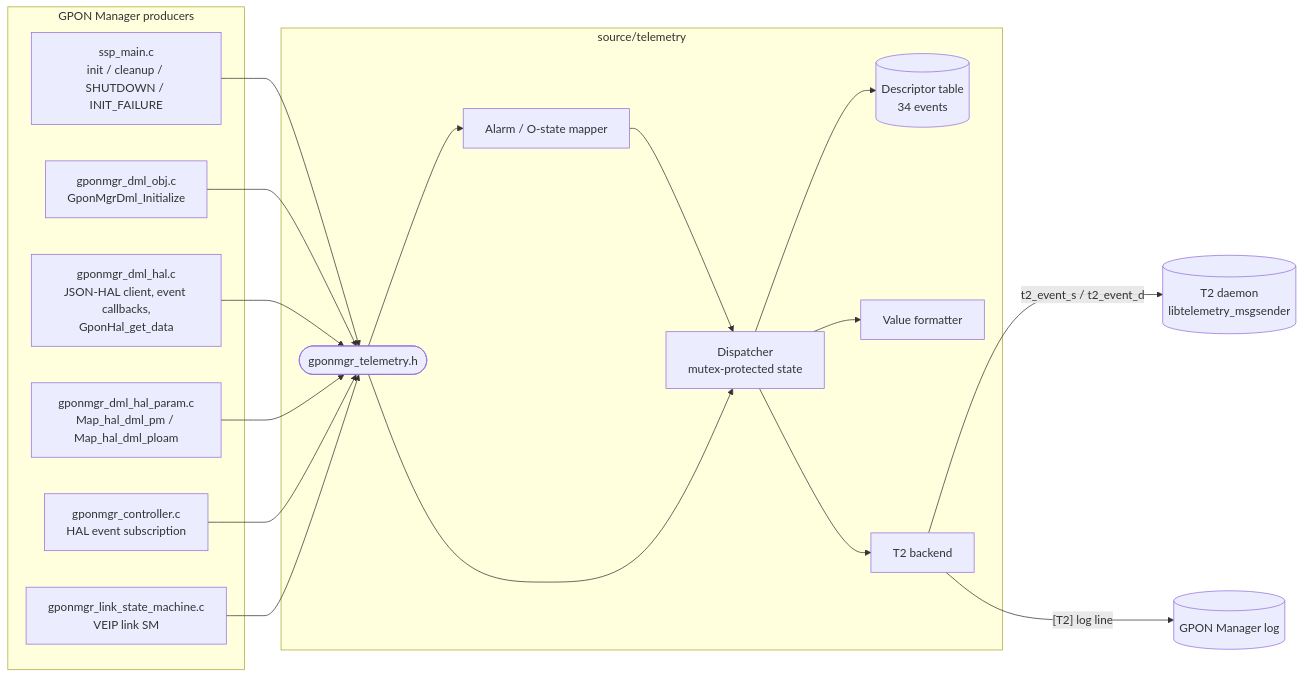
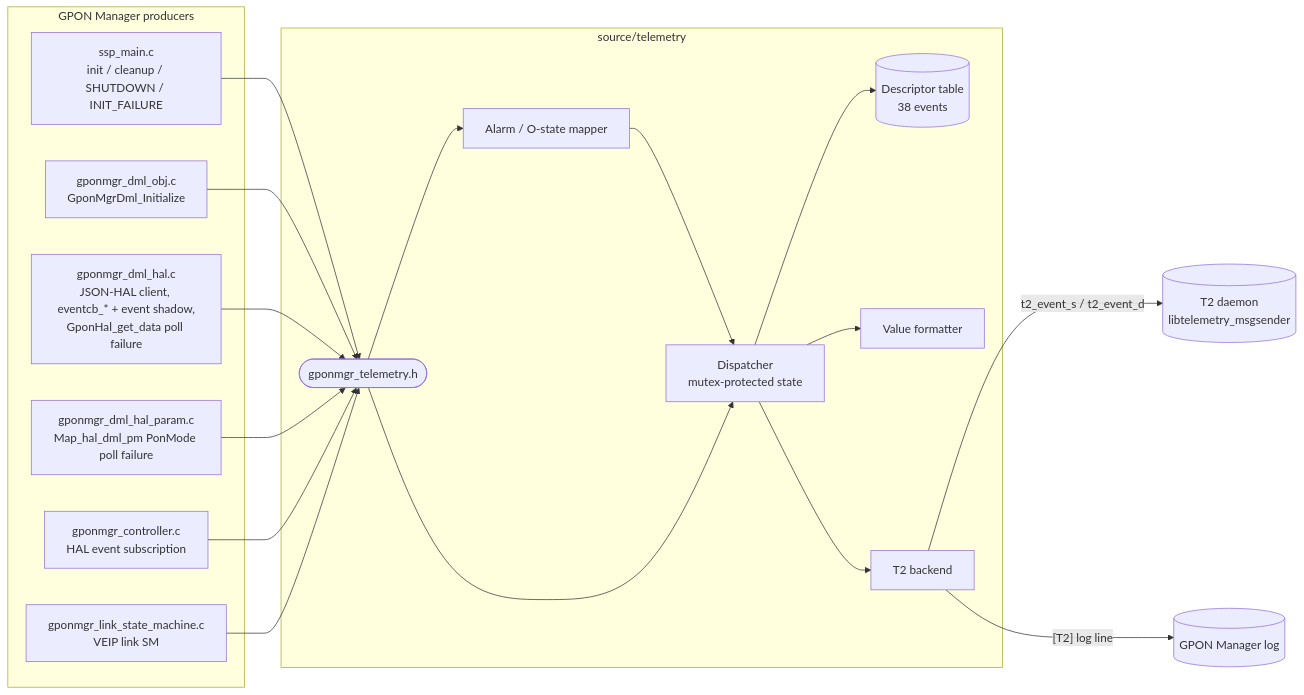
One commit to rdkcentral/gpon-manager changed the first of 8 diagrams in docs/07_Telemetry_Design.md. Above: the diagram before and after it, drawn with Mermaid. The commit also changed other lines of this file and 9 other files, not shown here.

````diff
--- a/docs/07_Telemetry_Design.md
+++ b/docs/07_Telemetry_Design.md
@@ -96,34 +108,34 @@
 ```mermaid
 flowchart LR
     subgraph producers [GPON Manager producers]
         SSP[ssp_main.c<br/>init / cleanup / SHUTDOWN / INIT_FAILURE]
         OBJ[gponmgr_dml_obj.c<br/>GponMgrDml_Initialize]
-        HAL[gponmgr_dml_hal.c<br/>JSON-HAL client, event callbacks,<br/>GponHal_get_data]
-        MAP[gponmgr_dml_hal_param.c<br/>Map_hal_dml_pm / Map_hal_dml_ploam]
+        HAL[gponmgr_dml_hal.c<br/>JSON-HAL client, eventcb_* + event shadow,<br/>GponHal_get_data poll failure]
+        MAP[gponmgr_dml_hal_param.c<br/>Map_hal_dml_pm PonMode poll failure]
         CTL[gponmgr_controller.c<br/>HAL event subscription]
         LSM[gponmgr_link_state_machine.c<br/>VEIP link SM]
     end
 
     subgraph telem [source/telemetry]
         API([gponmgr_telemetry.h])
-        TBL[(Descriptor table<br/>34 events)]
+        TBL[(Descriptor table<br/>38 events)]
         FMT[Value formatter]
         MAPR[Alarm / O-state mapper]
         DSP[Dispatcher<br/>mutex-protected state]
         BE[T2 backend]
     end
 
     SSP --> API
     OBJ --> API
     HAL --> API
     MAP --> API
     CTL --> API
     LSM --> API
     API --> MAPR --> DSP
     API --> DSP
     DSP --> TBL
     DSP --> FMT
     DSP --> BE
     BE -- "t2_event_s / t2_event_d" --> T2[(T2 daemon<br/>libtelemetry_msgsender)]
     BE -- "[T2] log line" --> LOG[(GPON Manager log)]
 ```
````
